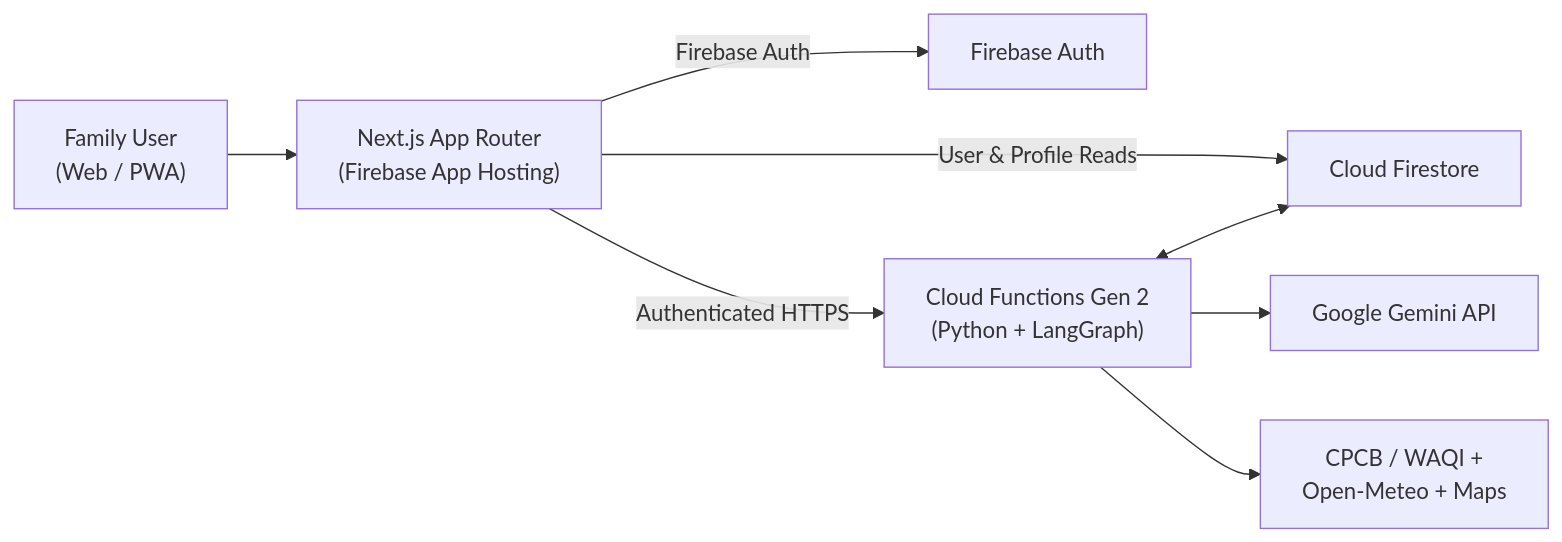
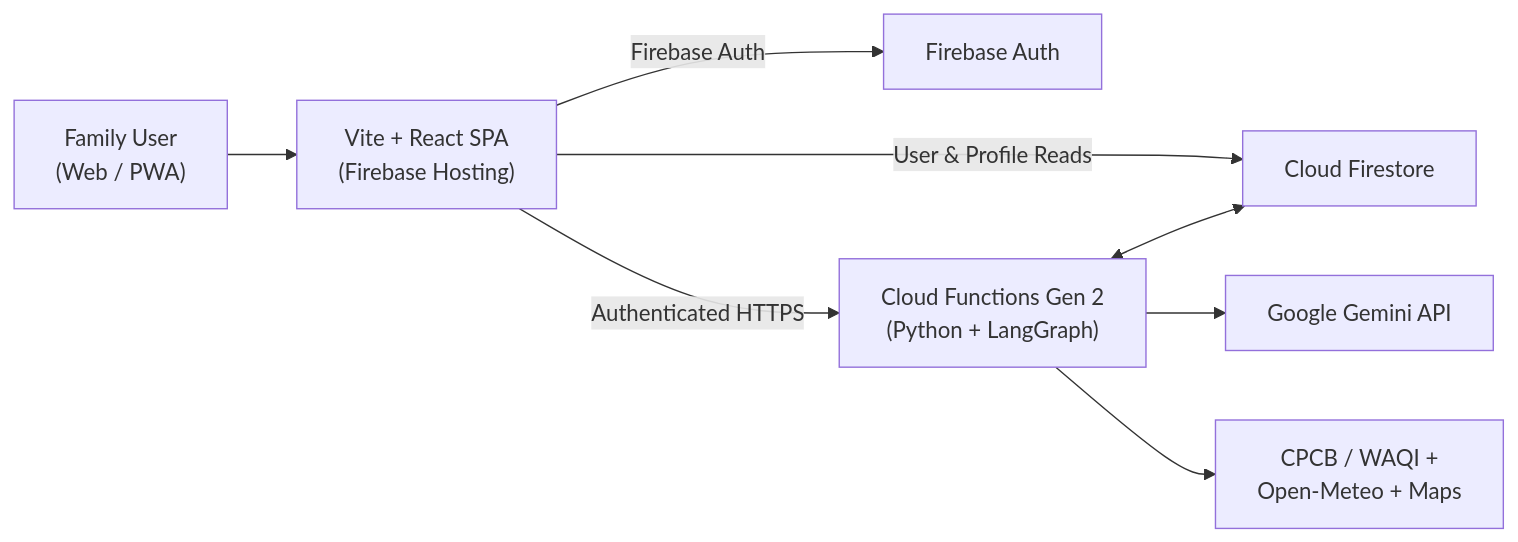
Before and after one commit to amide-init/BreathWiseAI: the diagram in README.md, drawn with Mermaid. The commit also changed other lines of this file and 6 other files, not shown here.

Commit message:
refactor(docs): migrate client stack from Next.js to Vite + React + Firebase Hosting

````diff
--- a/README.md
+++ b/README.md
@@ -11,10 +11,10 @@
 ```mermaid
 flowchart LR
-    User["Family User<br/>(Web / PWA)"] --> FE["Next.js App Router<br/>(Firebase App Hosting)"]
+    User["Family User<br/>(Web / PWA)"] --> FE["Vite + React SPA<br/>(Firebase Hosting)"]
     FE -->|Firebase Auth| Auth["Firebase Auth"]
     FE -->|User & Profile Reads| FS["Cloud Firestore"]
     FE -->|Authenticated HTTPS| CF["Cloud Functions Gen 2<br/>(Python + LangGraph)"]
     CF --> Gemini["Google Gemini API"]
     CF --> EnvAPIs["CPCB / WAQI +<br/>Open-Meteo + Maps"]
     CF <--> FS
 ```
````
